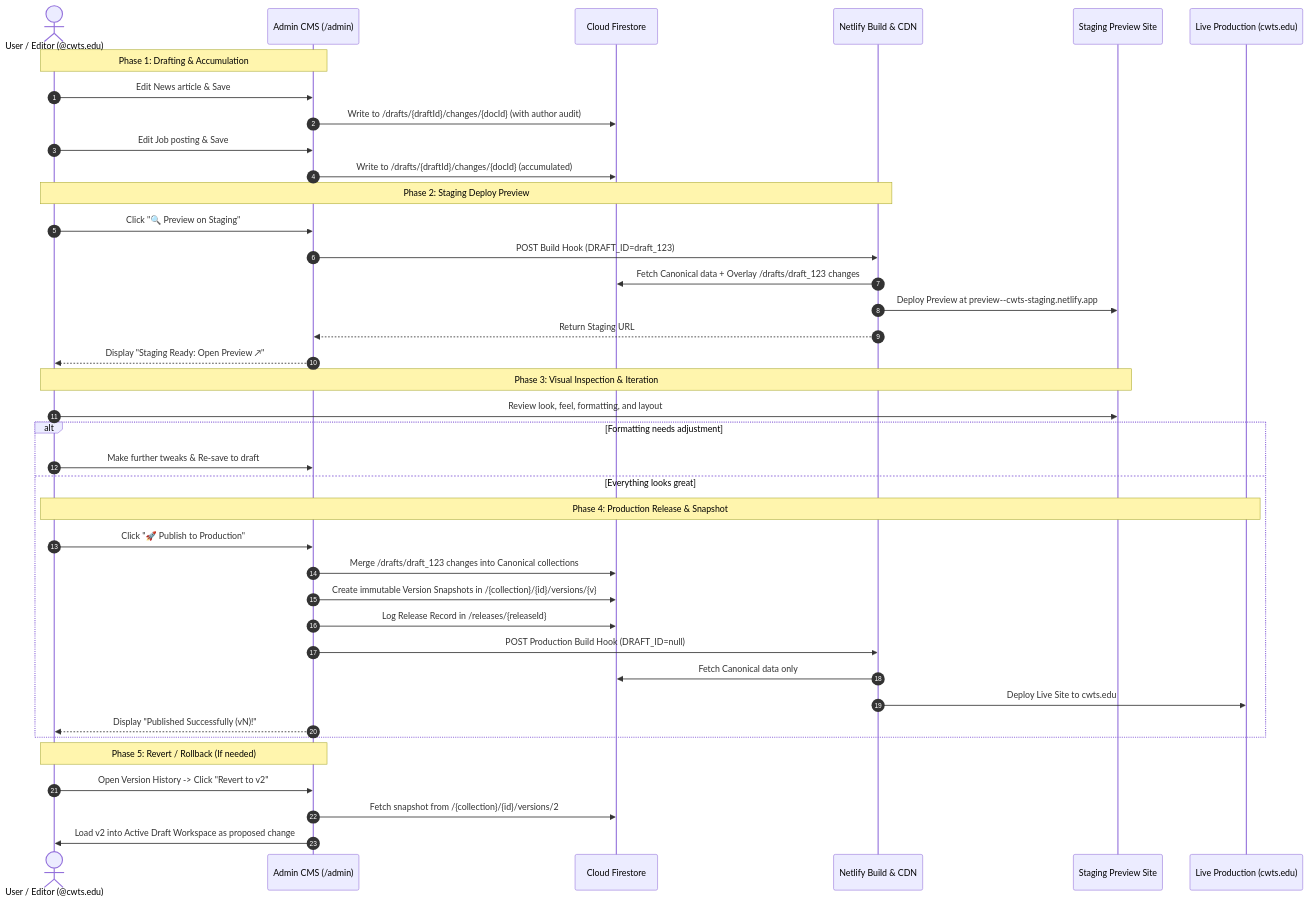
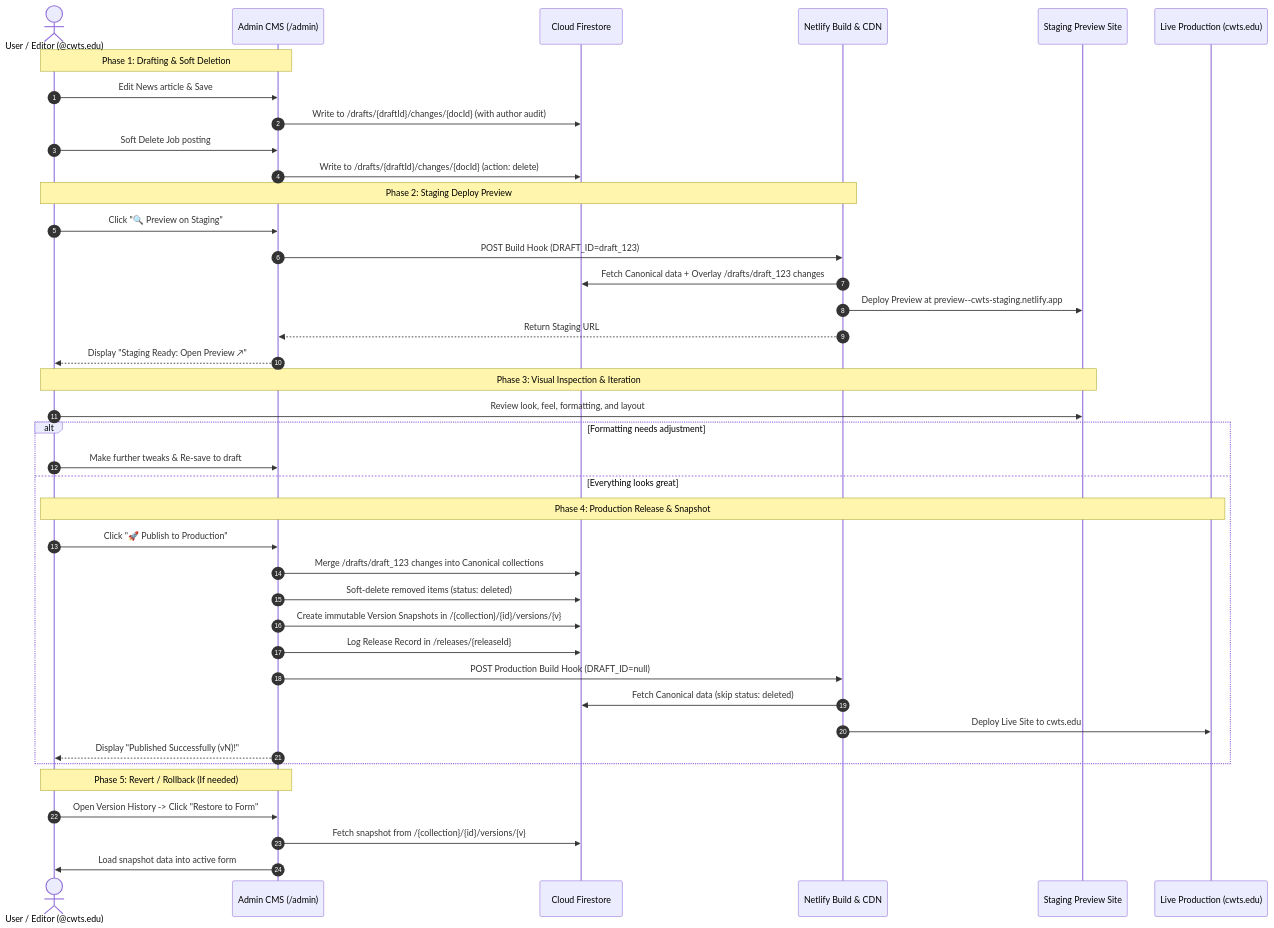
The second of 3 diagrams in docs/firebase-headless-cms-design.md (cwts-edu/cwts-web), drawn with Mermaid before and after one commit. The commit also changed other lines of this file, not shown here.

Commit message:
docs: update headless cms design document with stable ids, soft deletion, and release architecture

````diff
--- a/docs/firebase-headless-cms-design.md
+++ b/docs/firebase-headless-cms-design.md
@@ -210,45 +231,46 @@
 ```mermaid
 sequenceDiagram
     autonumber
     actor Editor as User / Editor (@cwts.edu)
     participant CMS as Admin CMS (/admin)
     participant FS as Cloud Firestore
     participant Netlify as Netlify Build & CDN
     participant Staging as Staging Preview Site
     participant Prod as Live Production (cwts.edu)
 
-    Note over Editor,CMS: Phase 1: Drafting & Accumulation
+    Note over Editor,CMS: Phase 1: Drafting & Soft Deletion
     Editor->>CMS: Edit News article & Save
     CMS->>FS: Write to /drafts/{draftId}/changes/{docId} (with author audit)
-    Editor->>CMS: Edit Job posting & Save
-    CMS->>FS: Write to /drafts/{draftId}/changes/{docId} (accumulated)
+    Editor->>CMS: Soft Delete Job posting
+    CMS->>FS: Write to /drafts/{draftId}/changes/{docId} (action: delete)
 
     Note over Editor,Netlify: Phase 2: Staging Deploy Preview
     Editor->>CMS: Click "🔍 Preview on Staging"
     CMS->>Netlify: POST Build Hook (DRAFT_ID=draft_123)
     Netlify->>FS: Fetch Canonical data + Overlay /drafts/draft_123 changes
     Netlify->>Staging: Deploy Preview at preview--cwts-staging.netlify.app
     Netlify-->>CMS: Return Staging URL
     CMS-->>Editor: Display "Staging Ready: Open Preview ↗"
 
     Note over Editor,Staging: Phase 3: Visual Inspection & Iteration
     Editor->>Staging: Review look, feel, formatting, and layout
     alt Formatting needs adjustment
         Editor->>CMS: Make further tweaks & Re-save to draft
     else Everything looks great
         Note over Editor,Prod: Phase 4: Production Release & Snapshot
         Editor->>CMS: Click "🚀 Publish to Production"
         CMS->>FS: Merge /drafts/draft_123 changes into Canonical collections
+        CMS->>FS: Soft-delete removed items (status: deleted)
         CMS->>FS: Create immutable Version Snapshots in /{collection}/{id}/versions/{v}
         CMS->>FS: Log Release Record in /releases/{releaseId}
         CMS->>Netlify: POST Production Build Hook (DRAFT_ID=null)
-        Netlify->>FS: Fetch Canonical data only
+        Netlify->>FS: Fetch Canonical data (skip status: deleted)
         Netlify->>Prod: Deploy Live Site to cwts.edu
         CMS-->>Editor: Display "Published Successfully (vN)!"
     end
 
     Note over Editor,CMS: Phase 5: Revert / Rollback (If needed)
-    Editor->>CMS: Open Version History -> Click "Revert to v2"
-    CMS->>FS: Fetch snapshot from /{collection}/{id}/versions/2
-    CMS->>Editor: Load v2 into Active Draft Workspace as proposed change
+    Editor->>CMS: Open Version History -> Click "Restore to Form"
+    CMS->>FS: Fetch snapshot from /{collection}/{id}/versions/{v}
+    CMS->>Editor: Load snapshot data into active form
 ```
````
